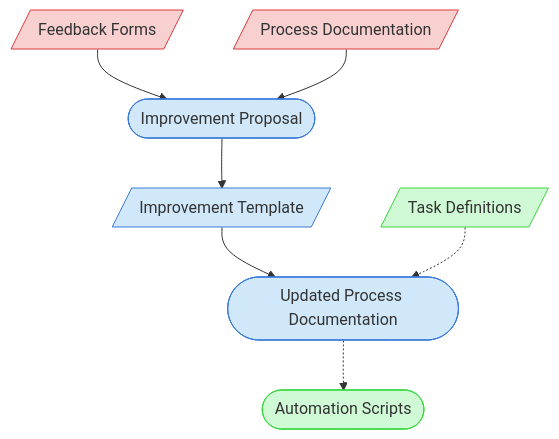
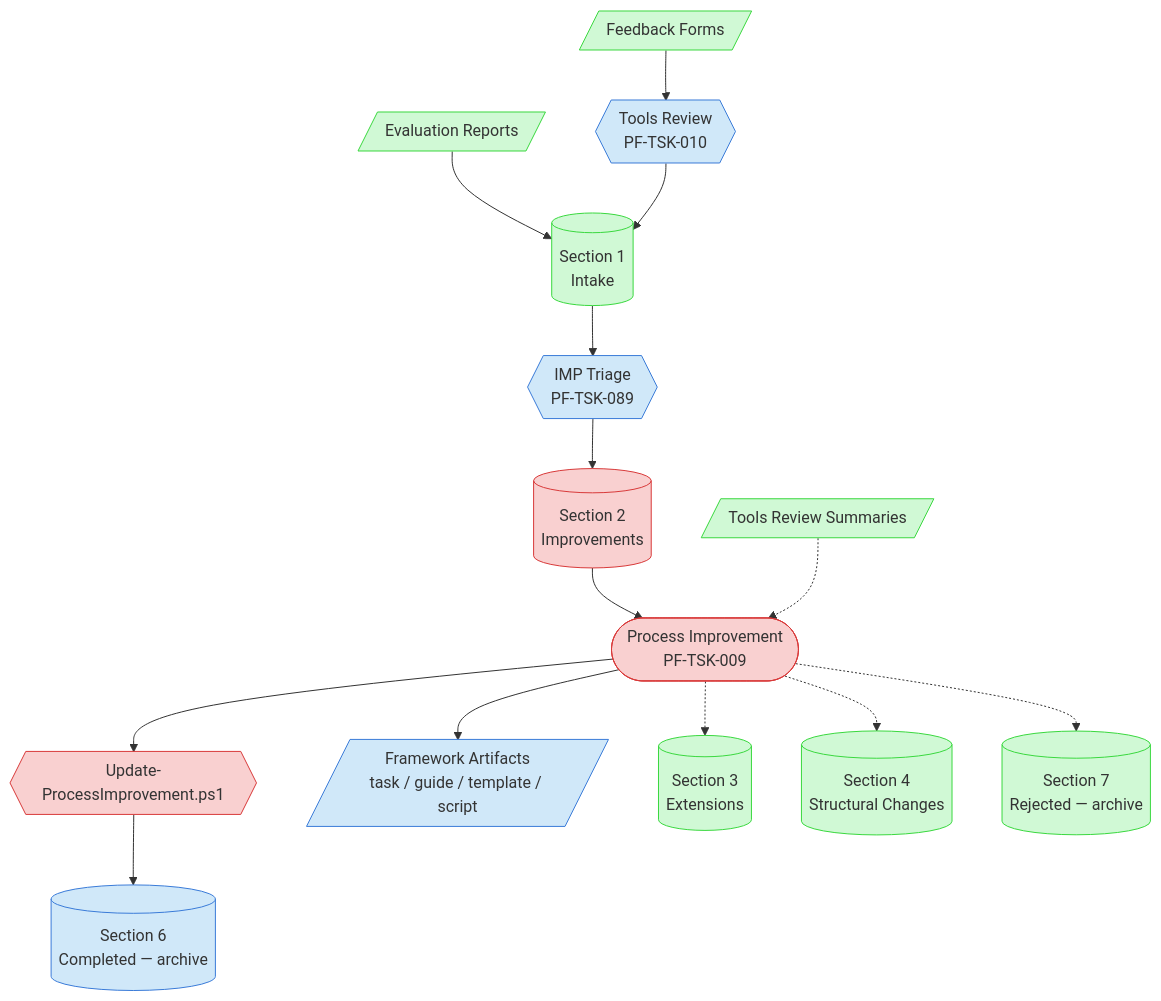
Before and after one commit to Abtomation/LinkWatcher: the diagram in process-framework/visualization/context-maps/support/process-improvement-map.md, drawn with Mermaid. The commit also changed other lines of this file and 1774 other files, not shown here.

````diff
--- a/process-framework/visualization/context-maps/support/process-improvement-map.md
+++ b/process-framework/visualization/context-maps/support/process-improvement-map.md
@@ -17,17 +18,31 @@
 ```mermaid
 graph TD
     classDef critical fill:#f9d0d0,stroke:#d83a3a
     classDef important fill:#d0e8f9,stroke:#3a7bd8
     classDef reference fill:#d0f9d5,stroke:#3ad83f
 
-    FeedbackForms[/Feedback Forms/] --> ImprovementProposal([Improvement Proposal])
-    ProcessDocs[/Process Documentation/] --> ImprovementProposal
-    ImprovementProposal --> ImprovementTemplate[/Improvement Template/]
-    ImprovementTemplate --> UpdatedProcessDocs([Updated Process Documentation])
-    TaskDefinitions[/Task Definitions/] -.-> UpdatedProcessDocs
-    UpdatedProcessDocs -.-> AutomationScripts([Automation Scripts])
+    %% Upstream chain (reference)
+    FeedbackForms[/Feedback Forms/] --> ToolsReview{{Tools Review<br/>PF-TSK-010}}
+    EvalReports[/Evaluation Reports/] --> Intake[(Section 1<br/>Intake)]
+    ToolsReview --> Intake
+    Intake --> Triage{{IMP Triage<br/>PF-TSK-089}}
+    Triage --> Improvements[(Section 2<br/>Improvements)]
 
-    class FeedbackForms,ProcessDocs critical
-    class ImprovementProposal,ImprovementTemplate,UpdatedProcessDocs important
-    class TaskDefinitions,AutomationScripts reference
+    %% Core task
+    Improvements --> PI([Process Improvement<br/>PF-TSK-009])
+    ReviewSummaries[/Tools Review Summaries/] -.-> PI
+
+    %% Driver and outputs
+    PI --> Driver{{Update-ProcessImprovement.ps1}}
+    PI --> FrameworkArtifacts[/Framework Artifacts<br/>task / guide / template / script/]
+    Driver --> Completed[(Section 6<br/>Completed — archive)]
+
+    %% Re-routing destinations
+    PI -.-> Extensions[(Section 3<br/>Extensions)]
+    PI -.-> StructChanges[(Section 4<br/>Structural Changes)]
+    PI -.-> Rejected[(Section 7<br/>Rejected — archive)]
+
+    class PI,Improvements,Driver critical
+    class FrameworkArtifacts,Completed,ToolsReview,Triage important
+    class FeedbackForms,EvalReports,Intake,ReviewSummaries,Extensions,StructChanges,Rejected reference
 ```
````
